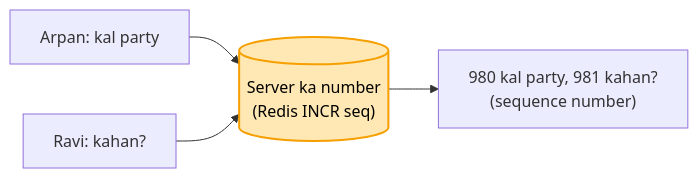
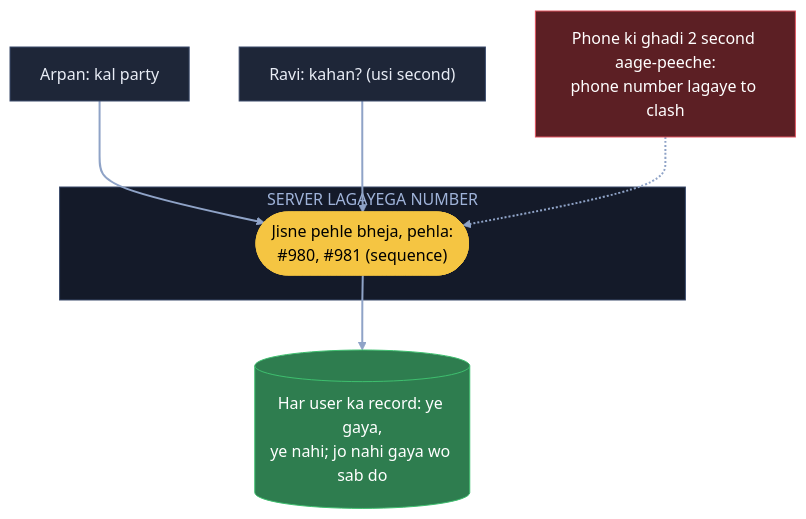
Before and after one commit to ArpanMaheshwari144/Prep: the seventh of 12 diagrams in 04_HLD/SYSTEM_DESIGNS/14_chat_messaging/14_chat_messaging.md, drawn with Mermaid. The commit also changed other lines of this file, not shown here.

Commit message:
Chat: 12 diagram hand notes ke shabdon se

````diff
--- a/04_HLD/SYSTEM_DESIGNS/14_chat_messaging/14_chat_messaging.md
+++ b/04_HLD/SYSTEM_DESIGNS/14_chat_messaging/14_chat_messaging.md
@@ -154,7 +224,20 @@
 ```mermaid
-flowchart LR
-    A["Arpan: kal party"] --> N[("Server ka number<br/>(Redis INCR seq)")]
-    R["Ravi: kahan?"] --> N
-    N --> G["980 kal party, 981 kahan?<br/>(sequence number)"]
-    style N fill:#ffe8b3,stroke:#f59f00,stroke-width:2px,color:#000
+flowchart TB
+    A["Arpan: kal party"]:::card
+    R["Ravi: kahan? (usi second)"]:::card
+    X["Phone ki ghadi 2 second aage-peeche:<br/>phone number lagaye to clash"]:::bad
+    subgraph SN["SERVER LAGAYEGA NUMBER"]
+        N(["Jisne pehle bheja, pehla:<br/>#980, #981 (sequence)"]):::pill
+    end
+    P[("Har user ka record: ye gaya,<br/>ye nahi; jo nahi gaya wo sab do")]:::good
+    A --> N
+    R --> N
+    X -.-> N
+    N --> P
+    linkStyle default stroke:#8fa3c7,stroke-width:2px
+    classDef card fill:#1e2638,stroke:#3a4a6b,color:#e8ecf5
+    classDef pill fill:#f5c542,stroke:#f5c542,color:#000
+    classDef good fill:#2e7d4f,stroke:#3fbf6f,color:#fff
+    classDef bad fill:#5c1f24,stroke:#e05561,color:#fff
+    style SN fill:#141a29,stroke:#3a4a6b,color:#9fb3d9
 ```
````
